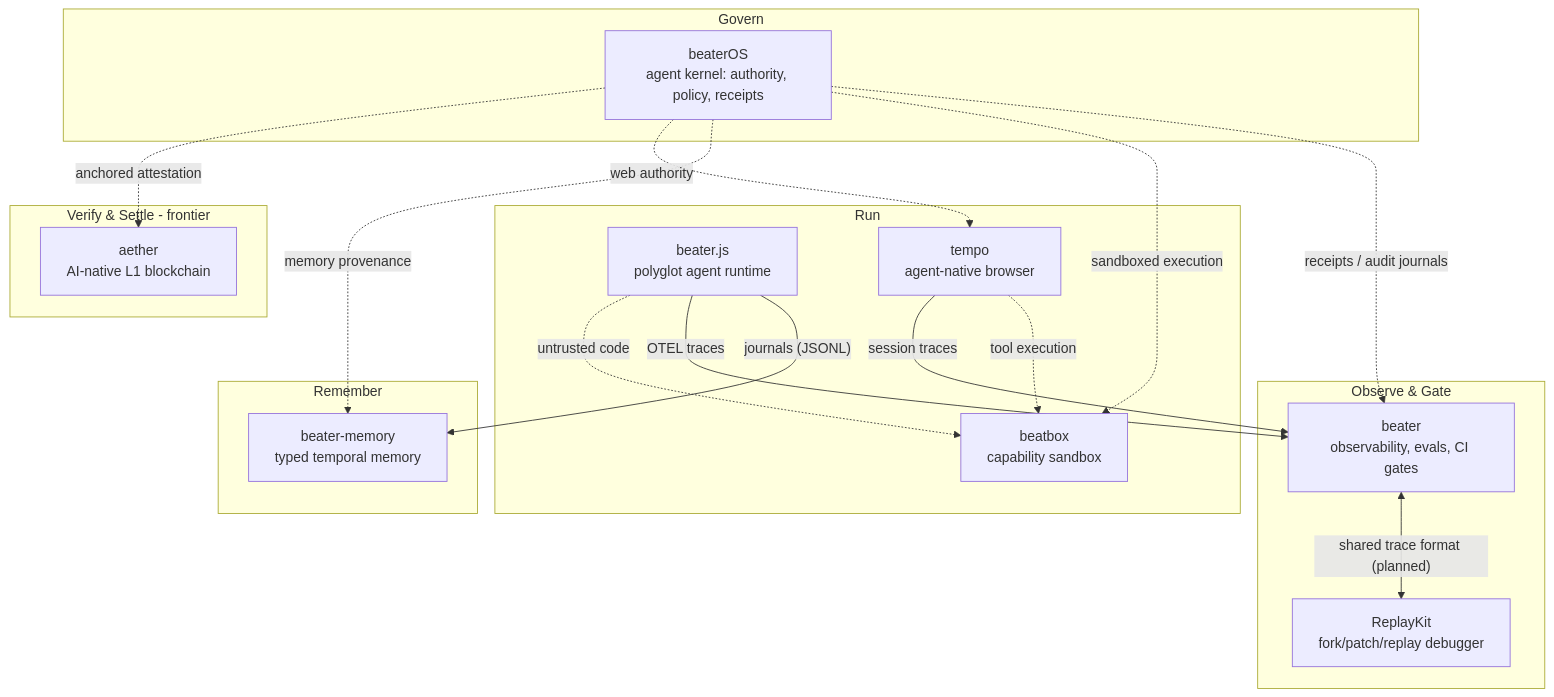
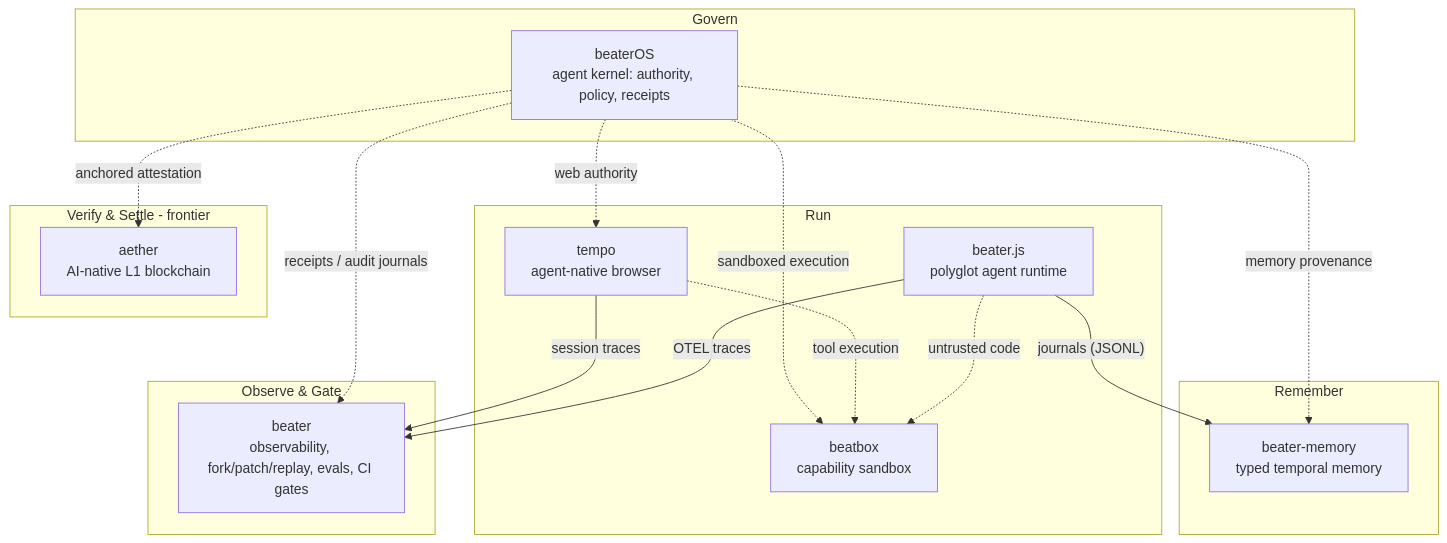
One commit to jadenfix/ecosystem changed the diagram in README.md. Above: the diagram before and after it, drawn with Mermaid. The commit also changed other lines of this file, not shown here.

Commit message:
ecosystem: retire ReplayKit from the index — capabilities absorbed into beater

````diff
--- a/README.md
+++ b/README.md
@@ -9,33 +9,31 @@
 ```mermaid
 flowchart TB
     subgraph govern [Govern]
         beaterOS["beaterOS<br/>agent kernel: authority, policy, receipts"]
     end
     subgraph run [Run]
         beaterjs["beater.js<br/>polyglot agent runtime"]
         tempo["tempo<br/>agent-native browser"]
         beatbox["beatbox<br/>capability sandbox"]
     end
     subgraph remember [Remember]
         memory["beater-memory<br/>typed temporal memory"]
     end
     subgraph observe [Observe & Gate]
-        beater["beater<br/>observability, evals, CI gates"]
-        replaykit["ReplayKit<br/>fork/patch/replay debugger"]
+        beater["beater<br/>observability, fork/patch/replay, evals, CI gates"]
     end
     subgraph settle [Verify & Settle - frontier]
         aether["aether<br/>AI-native L1 blockchain"]
     end
 
     beaterjs -->|"journals (JSONL)"| memory
     beaterjs -->|"OTEL traces"| beater
     beaterjs -.->|"untrusted code"| beatbox
     tempo -.->|"tool execution"| beatbox
     tempo -->|"session traces"| beater
-    beater <-->|"shared trace format (planned)"| replaykit
     beaterOS -.->|"receipts / audit journals"| beater
     beaterOS -.->|"sandboxed execution"| beatbox
     beaterOS -.->|"memory provenance"| memory
     beaterOS -.->|"web authority"| tempo
     beaterOS -.->|"anchored attestation"| aether
 ```
````
